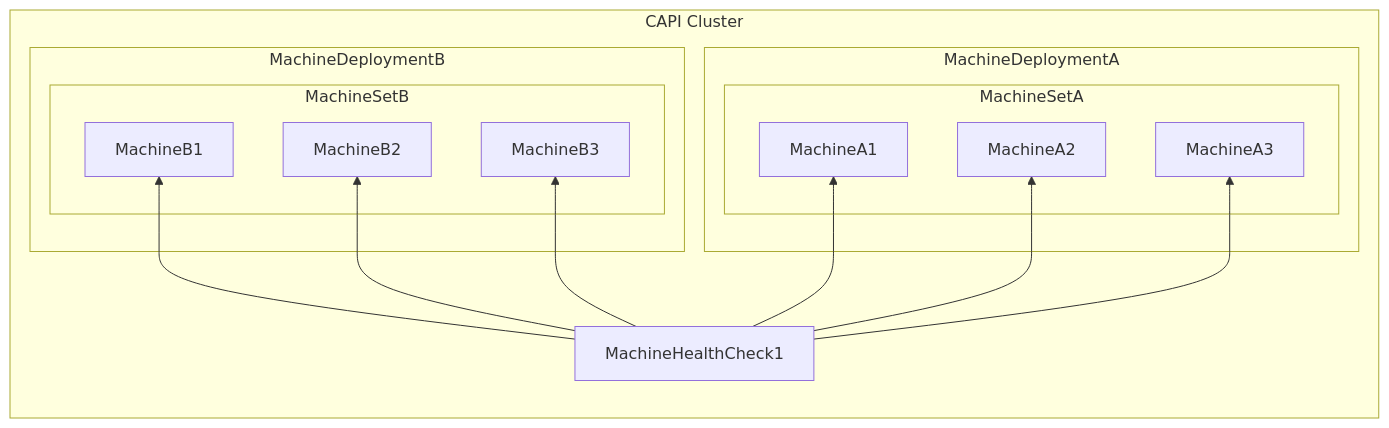
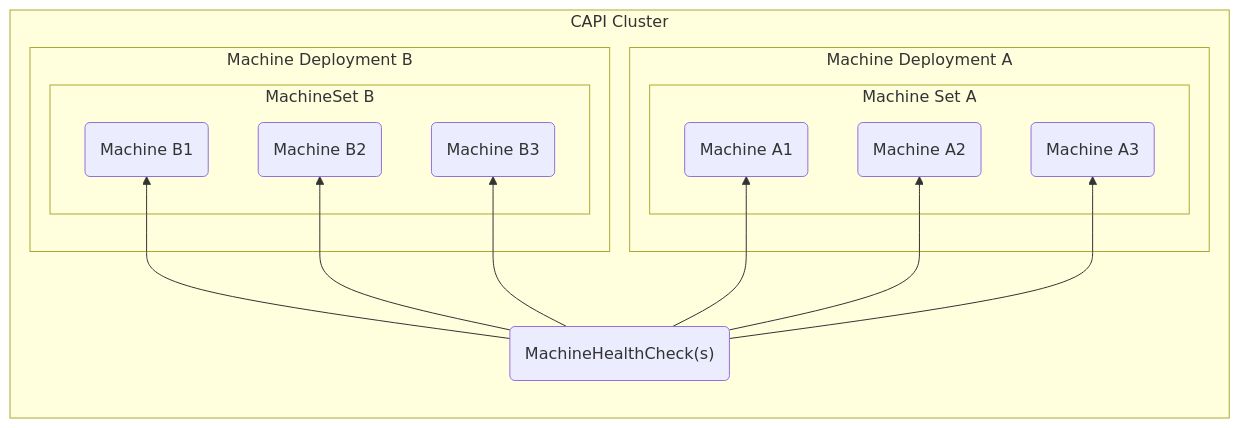
The first of 2 diagrams in docs/provisioning/00_capi.md (aiyengar2/k8s-docs), drawn with Mermaid before and after one commit.

````diff
--- a/docs/provisioning/00_capi.md
+++ b/docs/provisioning/00_capi.md
@@ -16,28 +16,28 @@
 ```mermaid
 graph TD
     subgraph CAPI Cluster
     direction BT
-    subgraph MachineDeploymentA
-    subgraph MachineSetA
-    MachineA1
-    MachineA2
-    MachineA3
+    subgraph Machine Deployment A
+    subgraph Machine Set A
+    MachineA1("Machine A1")
+    MachineA2("Machine A2")
+    MachineA3("Machine A3")
     end
     end
-    subgraph MachineDeploymentB
-    subgraph MachineSetB
-    MachineB1
-    MachineB2
-    MachineB3
+    subgraph Machine Deployment B
+    subgraph MachineSet B
+    MachineB1("Machine B1")
+    MachineB2("Machine B2")
+    MachineB3("Machine B3")
     end
     end
-    MachineHealthCheck1
+    MachineHealthCheck("MachineHealthCheck(s)")
     end
 
-    MachineHealthCheck1-->MachineA1
-    MachineHealthCheck1-->MachineA2
-    MachineHealthCheck1-->MachineA3
-    MachineHealthCheck1-->MachineB1
-    MachineHealthCheck1-->MachineB2
-    MachineHealthCheck1-->MachineB3
+    MachineHealthCheck-->MachineA1
+    MachineHealthCheck-->MachineA2
+    MachineHealthCheck-->MachineA3
+    MachineHealthCheck-->MachineB1
+    MachineHealthCheck-->MachineB2
+    MachineHealthCheck-->MachineB3
 ```
````
